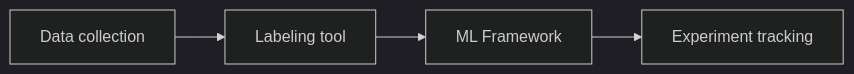
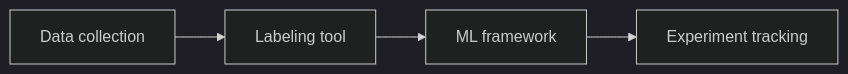
Before and after one commit to HiddeBV/iasa-ai-course: the third of 5 diagrams in 01-foundation/lesson-1/coffee-bean-ml-presentation.md, drawn with Mermaid (dark theme). The commit also changed other lines of this file and 1 other file, not shown here.

Commit message:
Refine terminology and improve flowchart clarity in coffee bean ML presentation

````diff
--- a/01-foundation/lesson-1/coffee-bean-ml-presentation.md
+++ b/01-foundation/lesson-1/coffee-bean-ml-presentation.md
@@ -44,6 +44,6 @@
 ```mermaid
 flowchart LR
     A[Data collection] --> B[Labeling tool]
-    B --> C[ML Framework]
+    B --> C[ML framework]
     C --> D[Experiment tracking]
 ```
````
